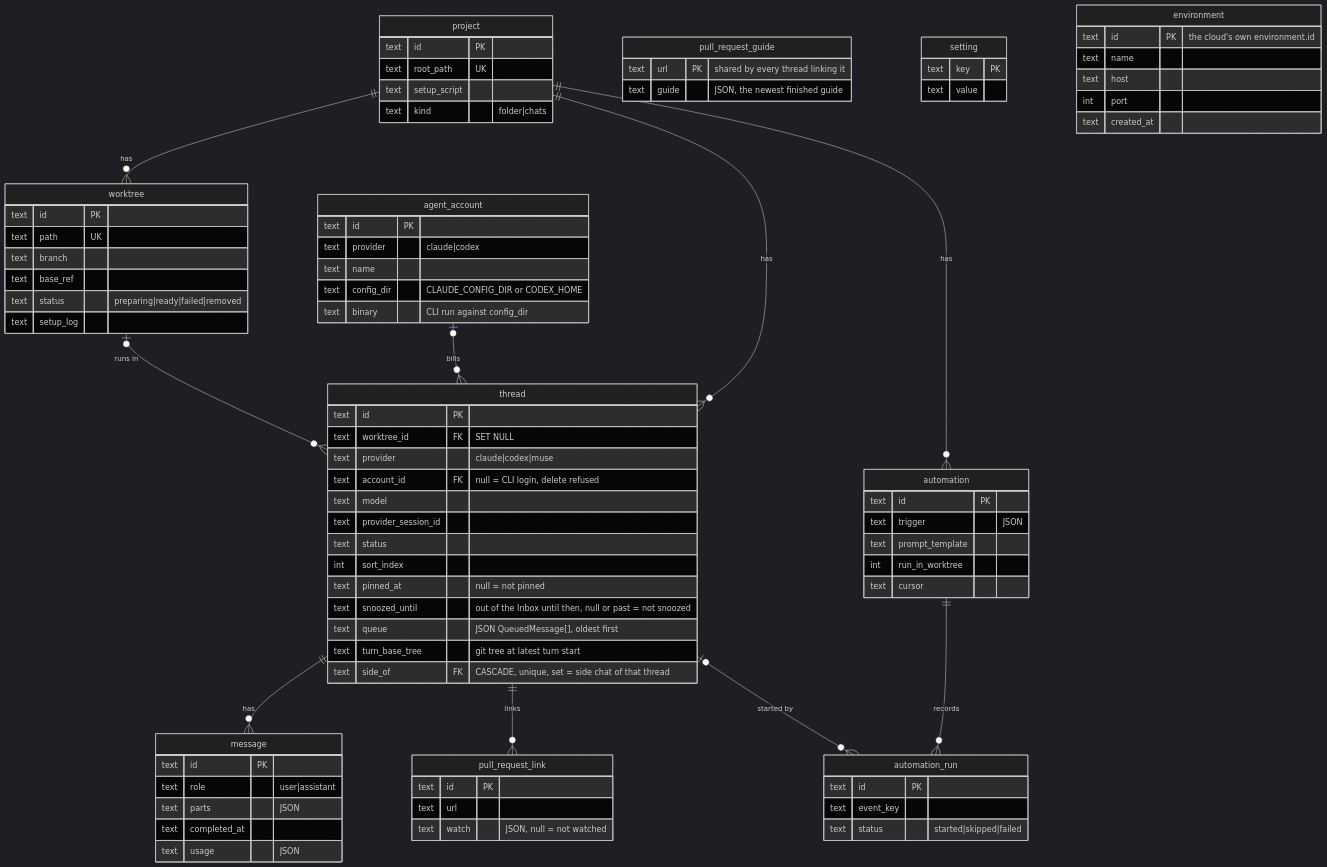
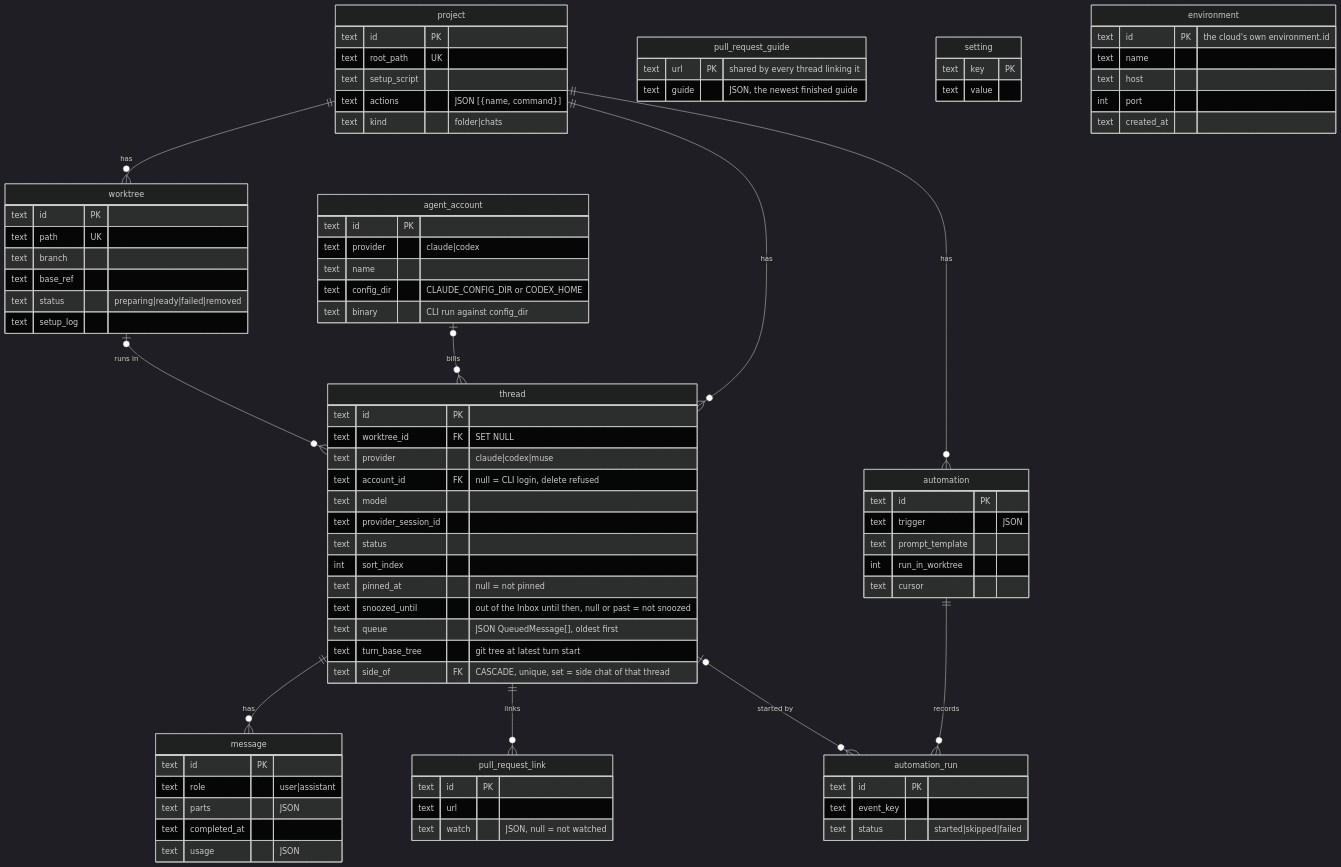
One commit to hinadev-ai/hinacode changed diagram 12 of 17 in docs/arch.md. Above: the diagram before and after it, drawn with Mermaid (dark theme). The commit also changed 14 other files, not shown here.

```diff
--- a/docs/arch.md
+++ b/docs/arch.md
@@ -394,6 +394,7 @@
     text id PK
     text root_path UK
     text setup_script
+    text actions "JSON [{name, command}]"
     text kind "folder|chats"
   }
   worktree {
```
